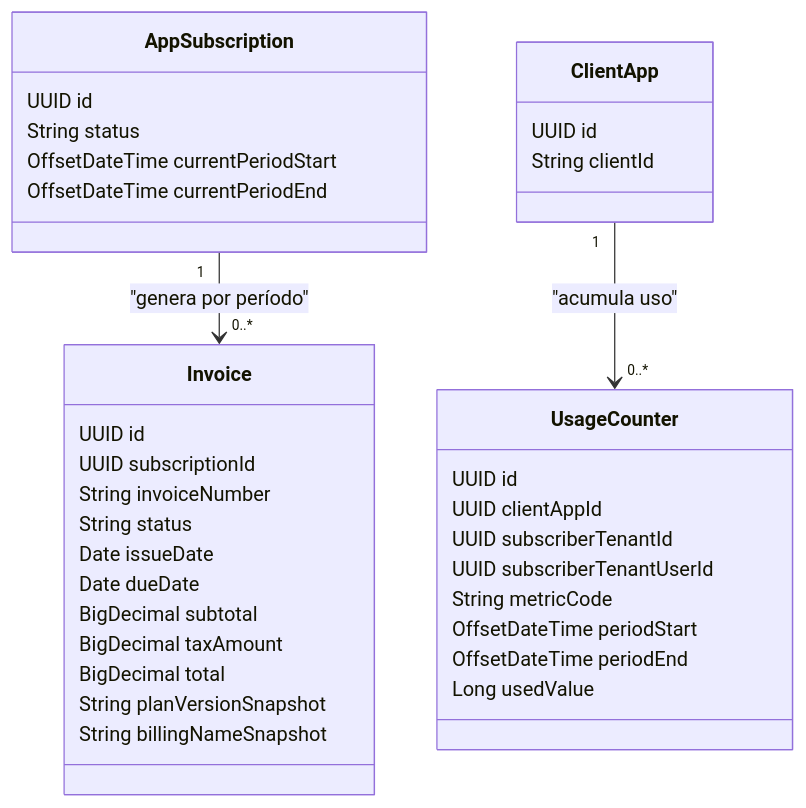
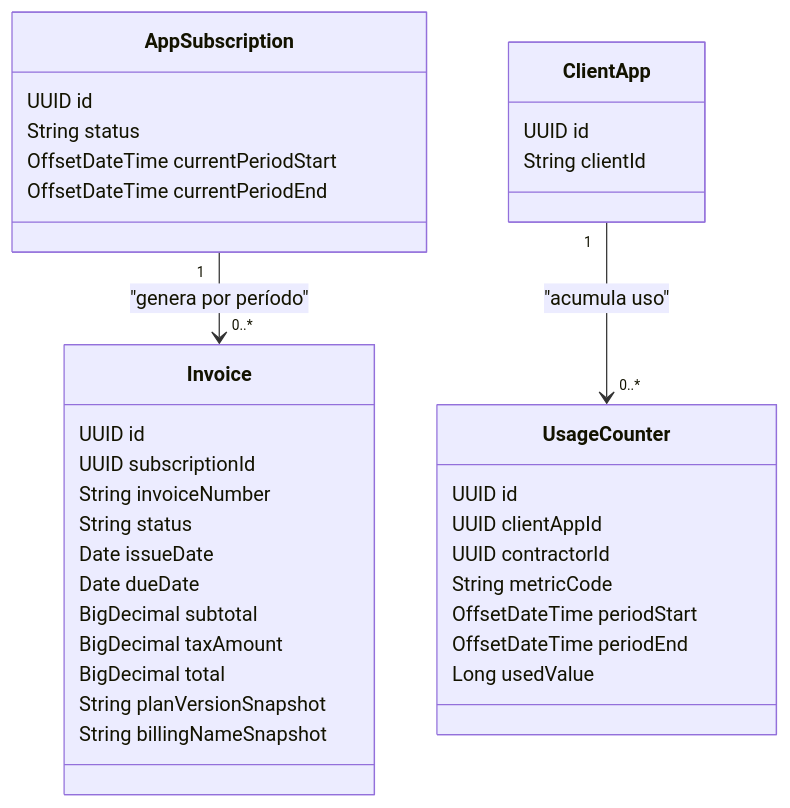
Diagram 23 of 26 in docs/data/ENTITY_RELATIONSHIPS.md (cmartinezs/keygo-server), drawn with Mermaid before and after one commit. The commit also changed other lines of this file and 5 other files, not shown here.

````diff
--- a/docs/data/ENTITY_RELATIONSHIPS.md
+++ b/docs/data/ENTITY_RELATIONSHIPS.md
@@ -902,42 +934,41 @@
 ```mermaid
 classDiagram
     class AppSubscription {
         UUID id
         String status
         OffsetDateTime currentPeriodStart
         OffsetDateTime currentPeriodEnd
     }
 
     class Invoice {
         UUID id
         UUID subscriptionId
         String invoiceNumber
         String status
         Date issueDate
         Date dueDate
         BigDecimal subtotal
         BigDecimal taxAmount
         BigDecimal total
         String planVersionSnapshot
         String billingNameSnapshot
     }
 
     class UsageCounter {
         UUID id
         UUID clientAppId
-        UUID subscriberTenantId
-        UUID subscriberTenantUserId
+        UUID contractorId
         String metricCode
         OffsetDateTime periodStart
         OffsetDateTime periodEnd
         Long usedValue
     }
 
     class ClientApp {
         UUID id
         String clientId
     }
 
     AppSubscription "1" --> "0..*" Invoice : "genera por período"
     ClientApp "1" --> "0..*" UsageCounter : "acumula uso"
 ```
````
